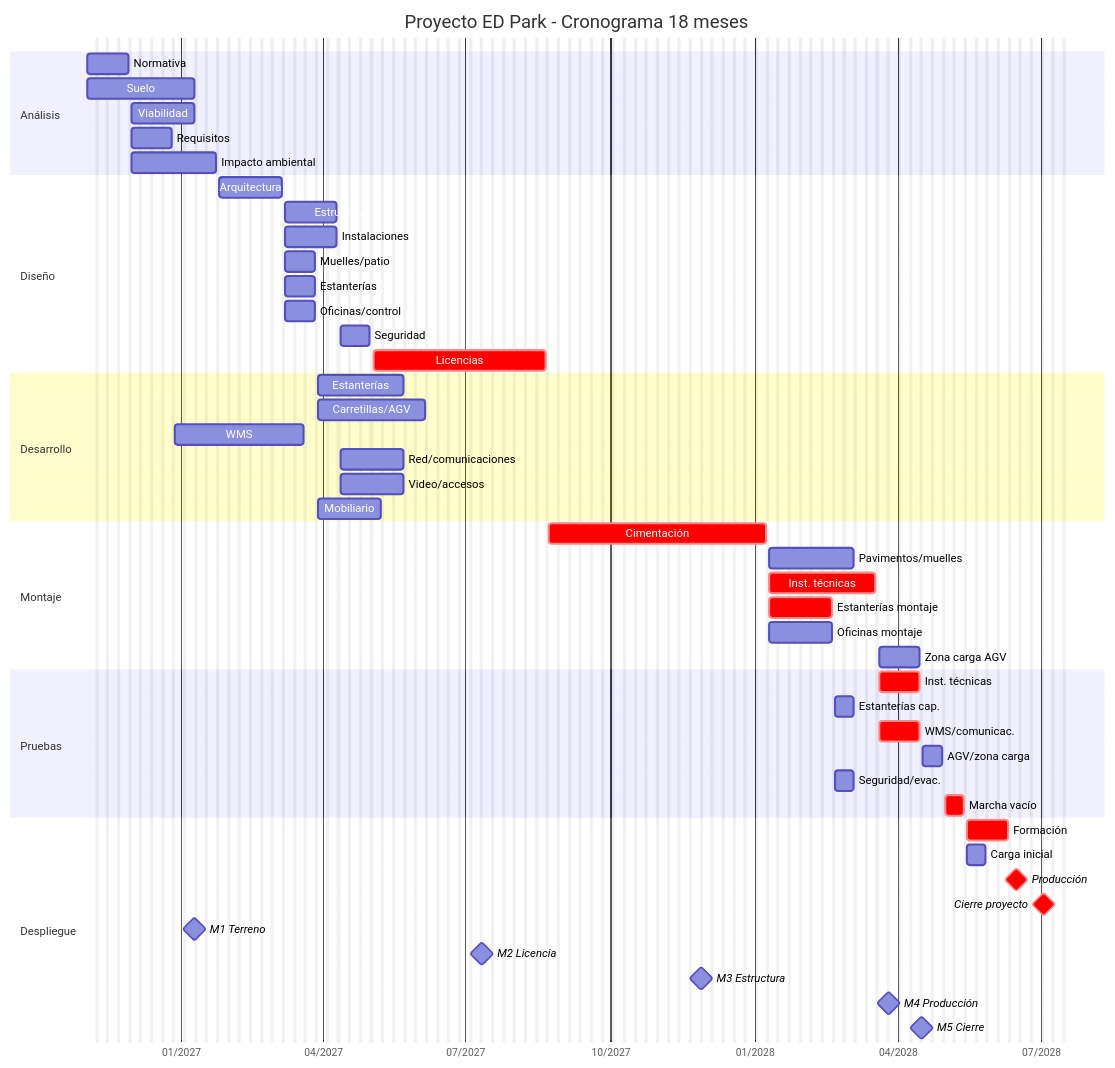
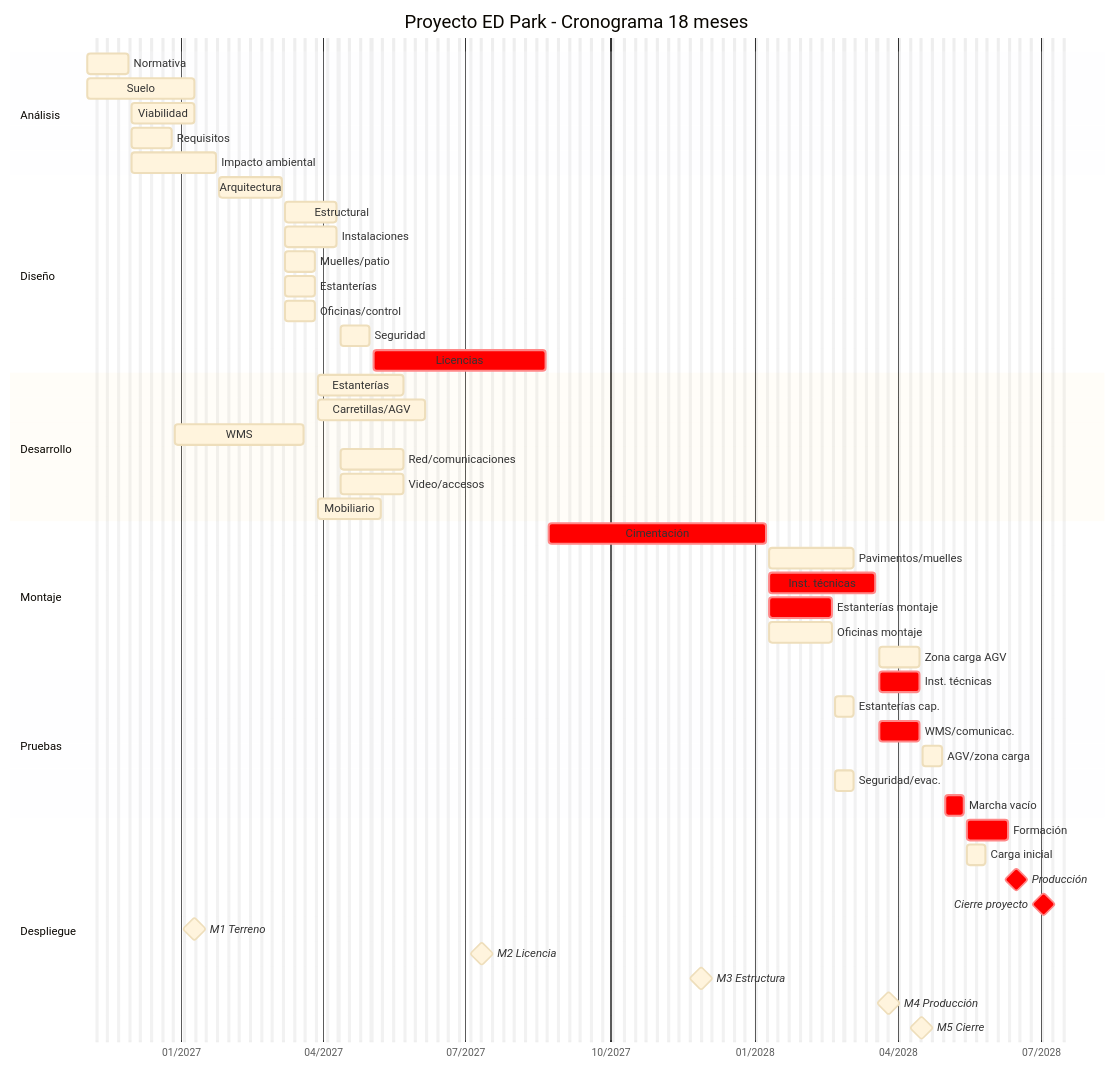
The diagram in ED_Park_Proyecto/05_Fase_4_Gestion_Proyecto/05_03_Gantt.md (ybotet/ED_Park_Proyecto), drawn with Mermaid before and after one commit.

Commit message:
Gantt Arreglado barras

````diff
--- a/ED_Park_Proyecto/05_Fase_4_Gestion_Proyecto/05_03_Gantt.md
+++ b/ED_Park_Proyecto/05_Fase_4_Gestion_Proyecto/05_03_Gantt.md
@@ -26,63 +26,63 @@
 ```mermaid
-%%{init: {'themeVariables': {'gridColor': '#e0e0e0', 'lineColor': '#e0e0e0'}}}%%
+%%{init: {'theme': 'base', 'themeVariables': {'gridColor': '#f5f5f5', 'lineColor': '#f5f5f5'}}}%%
 gantt
     title Proyecto ED Park - Cronograma 18 meses
     dateFormat  YYYY-MM-DD
     axisFormat  %m/%Y
     todayMarker stroke-width:2,stroke:red
     excludes    weekends
 
     section Análisis
     Normativa            :a1, 2026-11-02, 20d
     Suelo                :a2, 2026-11-02, 50d
     Viabilidad           :a3, after a1, 30d
     Requisitos           :a4, after a1, 20d
     Impacto ambiental    :a5, after a1, 40d
 
     section Diseño
     Arquitectura         :d1, after a4 a5, 30d
     Estructural          :d2, after d1, 25d
     Instalaciones        :d3, after d1, 25d
     Muelles/patio        :d4, after d1, 15d
     Estanterías          :d5, after d1, 15d
     Oficinas/control     :d6, after d1, 15d
     Seguridad            :d7, after d2 d3, 15d
     Licencias            :crit, d8, after d1 d7, 80d
 
     section Desarrollo
     Estanterías          :dev1, after d5, 40d
     Carretillas/AGV      :dev2, after d5, 50d
     WMS                  :dev3, after a4, 60d
     Red/comunicaciones   :dev4, after d3, 30d
     Video/accesos        :dev5, after d3, 30d
     Mobiliario           :dev6, after d6, 30d
 
     section Montaje
     Cimentación          :crit, m1, after d8, 100d
     Pavimentos/muelles   :m2, after m1, 40d
     Inst. técnicas       :crit, m3, after m1, 50d
     Estanterías montaje  :crit, m4, after m1 dev1, 30d
     Oficinas montaje     :m5, after m1 dev6, 30d
     Zona carga AGV       :m6, after m3 dev2, 20d
 
     section Pruebas
     Inst. técnicas       :crit, p1, after m3, 20d
     Estanterías cap.     :p2, after m4, 10d
     WMS/comunicac.       :crit, p3, after m3 dev3, 20d
     AGV/zona carga       :p4, after m6 p3, 10d
     Seguridad/evac.      :p5, after m5 d7, 10d
     Marcha vacío         :crit, p6, after p1 p3 p4, 10d
 
     section Despliegue
     Formación            :crit, dp1, after p6, 20d
     Carga inicial        :dp2, after p6, 10d
     Producción           :crit, milestone, dp3, after dp1 dp2, 5d
     Cierre proyecto      :crit, milestone, dp4, after dp3, 20d
 
     %% Hitos
     M1 Terreno           :milestone, m1_ms, 2027-01-09, 0d
     M2 Licencia          :milestone, m2_ms, 2027-07-11, 0d
     M3 Estructura        :milestone, m3_ms, 2027-11-28, 0d
     M4 Producción        :milestone, m4_ms, 2028-03-26, 0d
     M5 Cierre            :milestone, m5_ms, 2028-04-16, 0d
 ```
````
